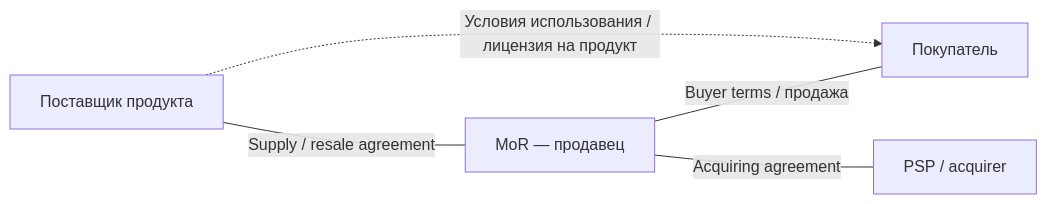
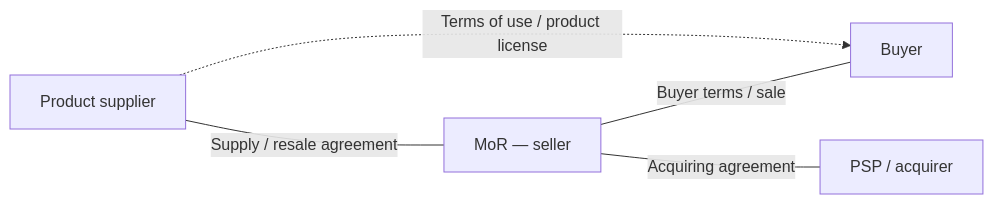
One commit to nuanu-ai/fintech-textbook-2026 changed the seventh of 11 diagrams in Textbook/01-Market-rules-and-licensing/README.md. Above: the diagram before and after it, drawn with Mermaid. The commit also changed other lines of this file and 78 other files, not shown here.

````diff
--- a/Textbook/01-Market-rules-and-licensing/README.md
+++ b/Textbook/01-Market-rules-and-licensing/README.md
@@ -181,7 +181,7 @@
 ```mermaid
 flowchart LR
- SUP[Поставщик продукта] ---|Supply / resale agreement| MOR[MoR — продавец]
- MOR ---|Buyer terms / продажа| B[Покупатель]
+ SUP[Product supplier] ---|Supply / resale agreement| MOR[MoR — seller]
+ MOR ---|Buyer terms / sale| B[Buyer]
  MOR ---|Acquiring agreement| AC[PSP / acquirer]
- SUP -.->|Условия использования / лицензия на продукт| B
+ SUP -.->|Terms of use / product license| B
 ```
````
